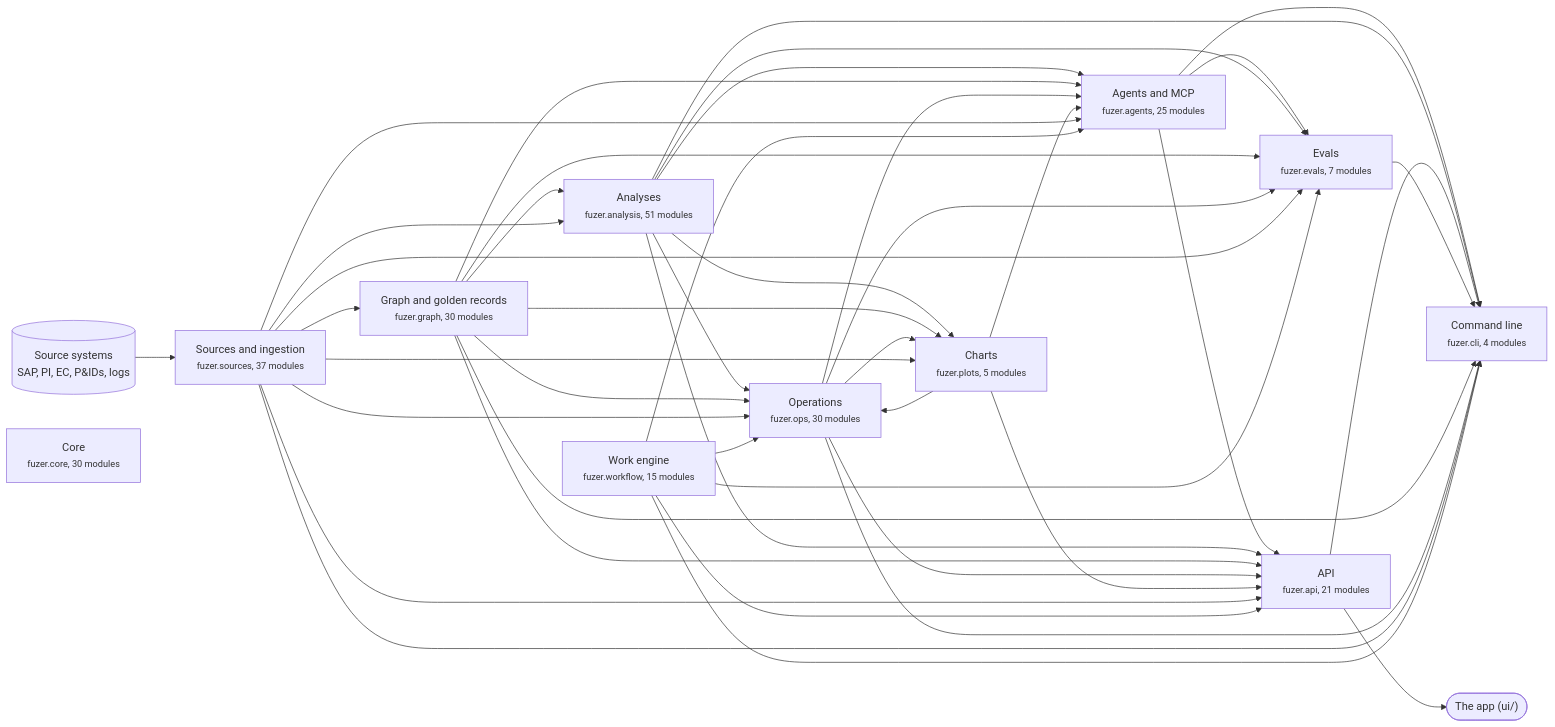
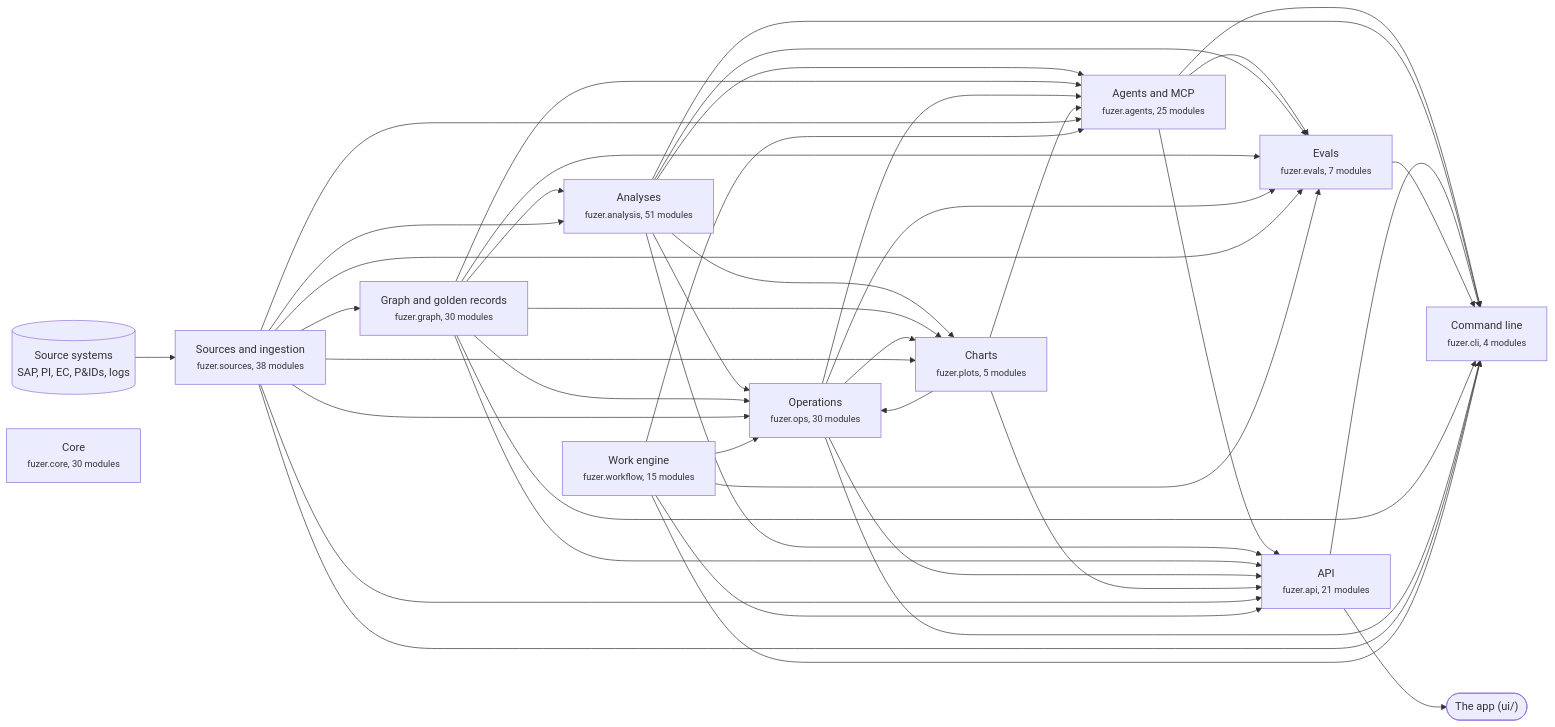
The first of 3 diagrams in docs/architecture.md (areed145/fuzer), drawn with Mermaid before and after one commit. The commit also changed other lines of this file and 11 other files, not shown here.

````diff
--- a/docs/architecture.md
+++ b/docs/architecture.md
@@ -8,67 +8,67 @@
 ```mermaid
 flowchart LR
   systems[("Source systems<br>SAP, PI, EC, P&IDs, logs")] --> c_sources
   app(["The app (ui/)"])
   c_api --> app
-  c_sources["Sources and ingestion<br><small>fuzer.sources, 37 modules</small>"]
+  c_sources["Sources and ingestion<br><small>fuzer.sources, 38 modules</small>"]
   c_graph["Graph and golden records<br><small>fuzer.graph, 30 modules</small>"]
   c_analysis["Analyses<br><small>fuzer.analysis, 51 modules</small>"]
   c_ops["Operations<br><small>fuzer.ops, 30 modules</small>"]
   c_plots["Charts<br><small>fuzer.plots, 5 modules</small>"]
   c_workflow["Work engine<br><small>fuzer.workflow, 15 modules</small>"]
   c_agents["Agents and MCP<br><small>fuzer.agents, 25 modules</small>"]
   c_evals["Evals<br><small>fuzer.evals, 7 modules</small>"]
   c_api["API<br><small>fuzer.api, 21 modules</small>"]
   c_cli["Command line<br><small>fuzer.cli, 4 modules</small>"]
   c_core["Core<br><small>fuzer.core, 30 modules</small>"]
   c_sources --> c_graph
   c_graph --> c_analysis
   c_sources --> c_analysis
   c_analysis --> c_ops
   c_graph --> c_ops
   c_plots --> c_ops
   c_sources --> c_ops
   c_workflow --> c_ops
   c_analysis --> c_plots
   c_graph --> c_plots
   c_ops --> c_plots
   c_sources --> c_plots
   c_analysis --> c_agents
   c_graph --> c_agents
   c_ops --> c_agents
   c_plots --> c_agents
   c_sources --> c_agents
   c_workflow --> c_agents
   c_agents --> c_evals
   c_analysis --> c_evals
   c_graph --> c_evals
   c_ops --> c_evals
   c_sources --> c_evals
   c_workflow --> c_evals
   c_agents --> c_api
   c_analysis --> c_api
   c_graph --> c_api
   c_ops --> c_api
   c_plots --> c_api
   c_sources --> c_api
   c_workflow --> c_api
   c_agents --> c_cli
   c_analysis --> c_cli
   c_api --> c_cli
   c_evals --> c_cli
   c_graph --> c_cli
   c_ops --> c_cli
   c_sources --> c_cli
   c_workflow --> c_cli
   click c_sources "https://github.com/areed145/fuzer/tree/main/src/fuzer/sources"
   click c_graph "https://github.com/areed145/fuzer/tree/main/src/fuzer/graph"
   click c_analysis "https://github.com/areed145/fuzer/tree/main/src/fuzer/analysis"
   click c_ops "https://github.com/areed145/fuzer/tree/main/src/fuzer/ops"
   click c_plots "https://github.com/areed145/fuzer/tree/main/src/fuzer/plots"
   click c_workflow "https://github.com/areed145/fuzer/tree/main/src/fuzer/workflow"
   click c_agents "https://github.com/areed145/fuzer/tree/main/src/fuzer/agents"
   click c_evals "https://github.com/areed145/fuzer/tree/main/src/fuzer/evals"
   click c_api "https://github.com/areed145/fuzer/tree/main/src/fuzer/api"
   click c_cli "https://github.com/areed145/fuzer/tree/main/src/fuzer/cli"
   click c_core "https://github.com/areed145/fuzer/tree/main/src/fuzer/core"
 ```
````
